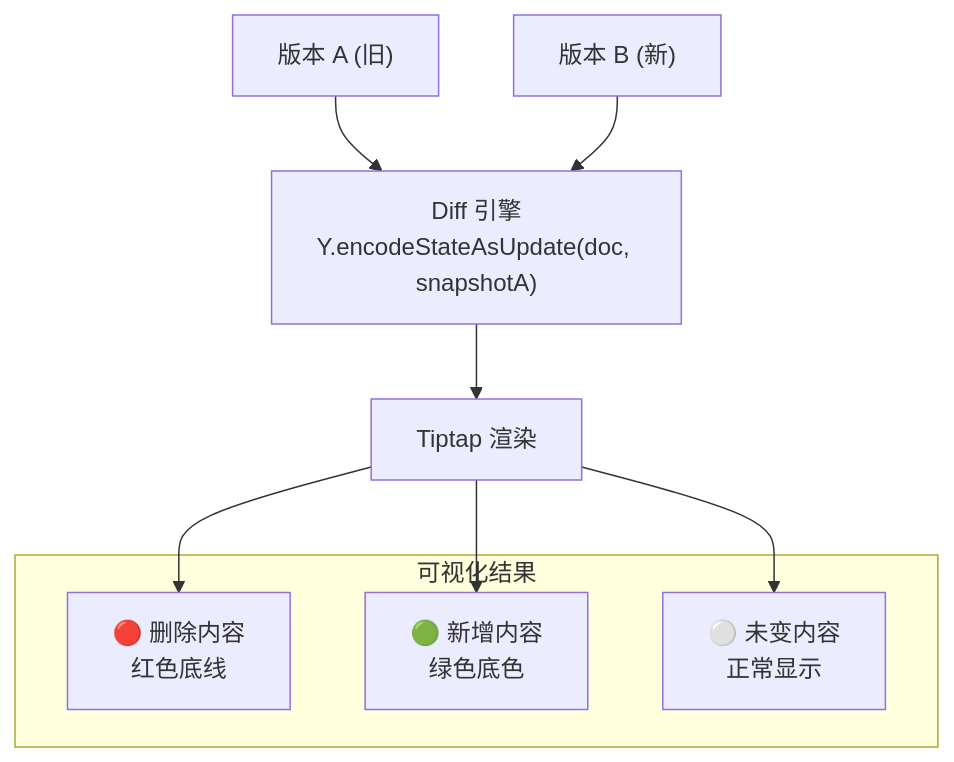
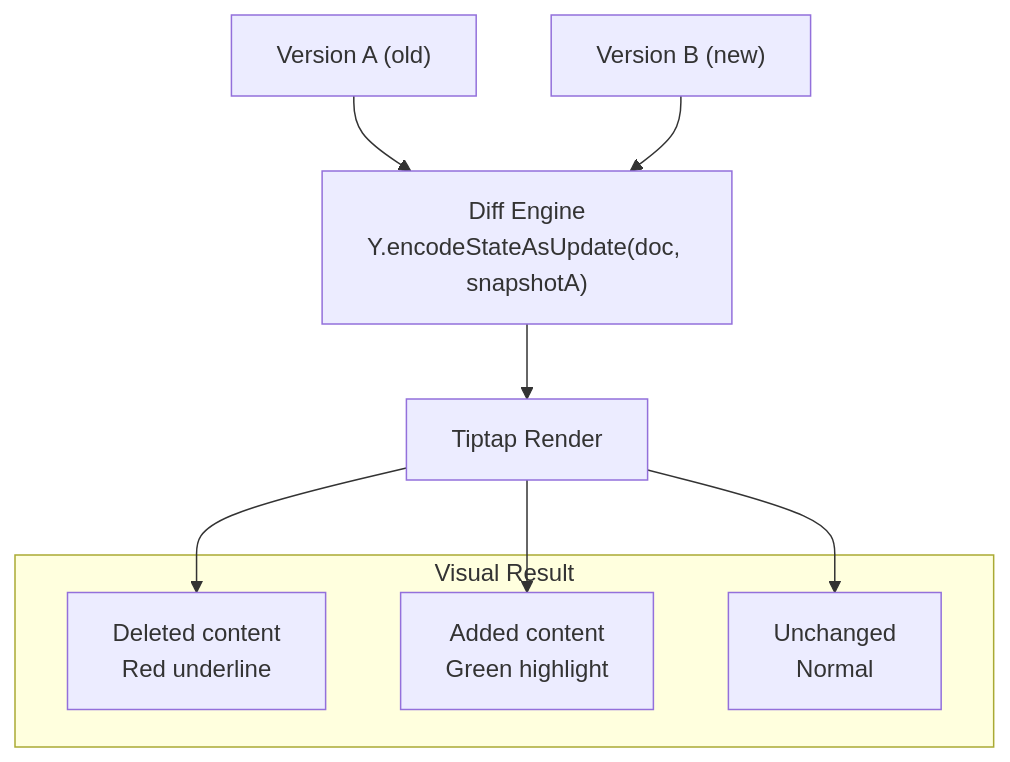
The eighth of 12 diagrams in README.md (monazite1s/SyncDoc), drawn with Mermaid before and after one commit. The commit also changed other lines of this file and 112 other files, not shown here.

````diff
--- a/README.md
+++ b/README.md
@@ -337,21 +515,21 @@
 ```mermaid
 graph TB
-    V1["版本 A (旧)"]
-    V2["版本 B (新)"]
-    DIFF["Diff 引擎<br/>Y.encodeStateAsUpdate(doc, snapshotA)"]
-    RENDER["Tiptap 渲染"]
+    V1["Version A (old)"]
+    V2["Version B (new)"]
+    DIFF["Diff Engine<br/>Y.encodeStateAsUpdate(doc, snapshotA)"]
+    RENDER["Tiptap Render"]
 
     V1 --> DIFF
     V2 --> DIFF
     DIFF --> RENDER
 
-    subgraph Visual["可视化结果"]
-        DEL["🔴 删除内容<br/>红色底线"]
-        ADD["🟢 新增内容<br/>绿色底色"]
-        KEEP["⚪ 未变内容<br/>正常显示"]
+    subgraph Visual["Visual Result"]
+        DEL["Deleted content<br/>Red underline"]
+        ADD["Added content<br/>Green highlight"]
+        KEEP["Unchanged<br/>Normal"]
     end
 
     RENDER --> DEL
     RENDER --> ADD
     RENDER --> KEEP
 ```
````
